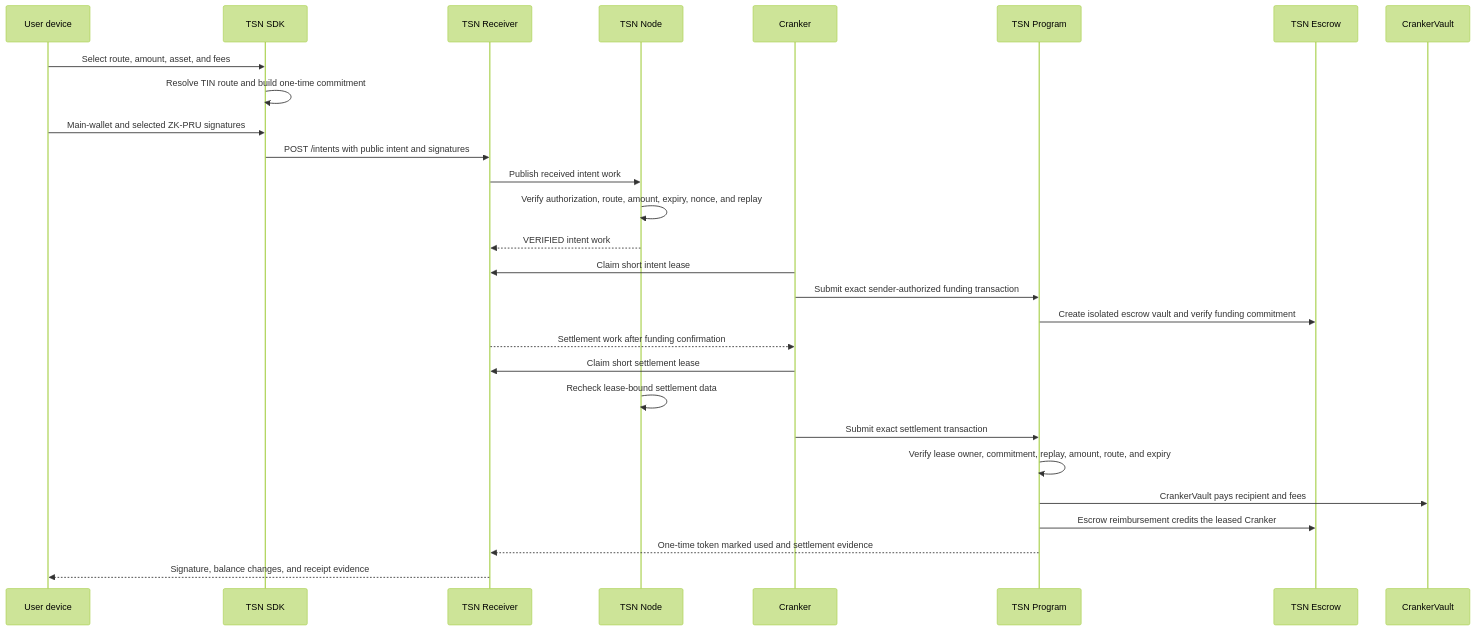
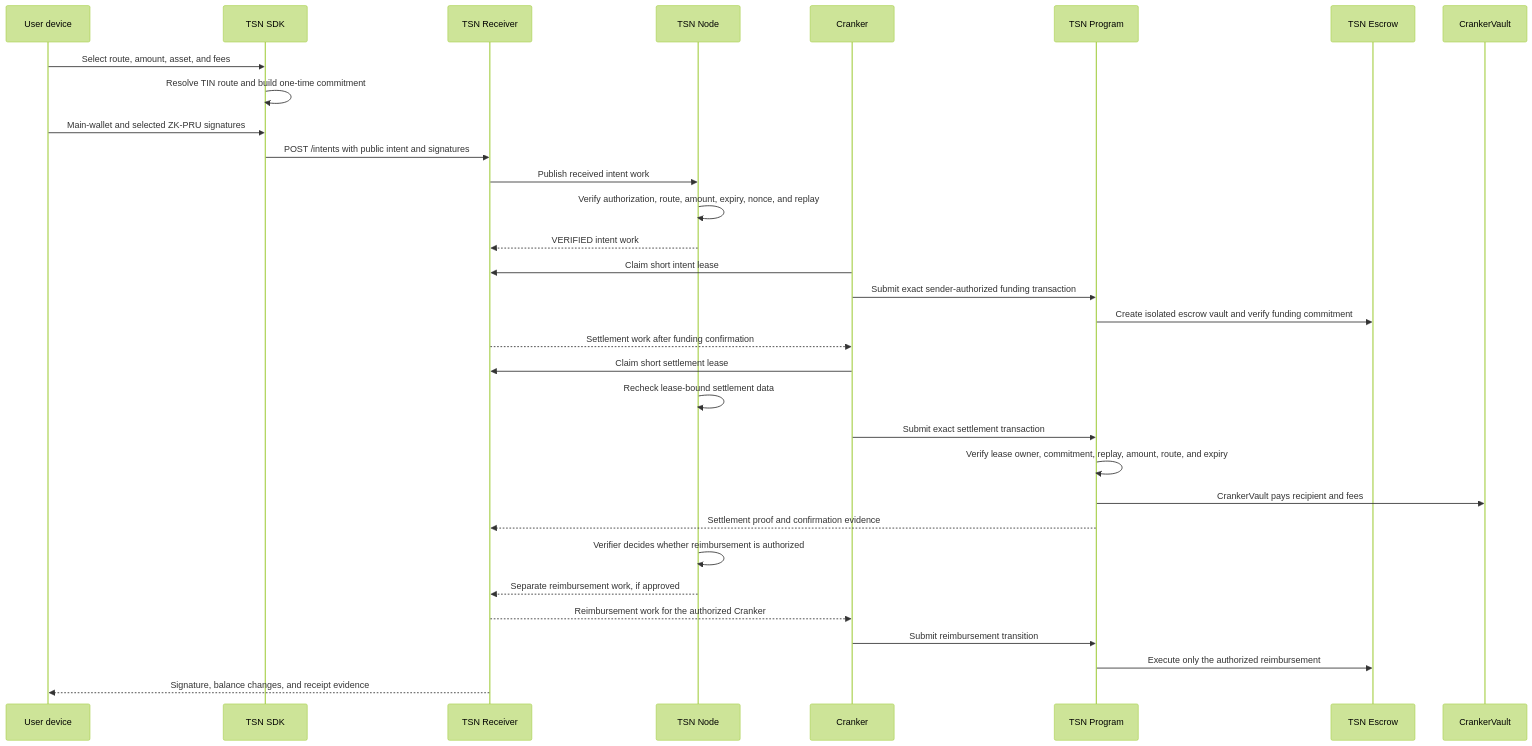
The diagram in docs/protocol-architecture.md (bigdreamsweb3/trustlink-pay), drawn with Mermaid (forest theme) before and after one commit. The commit also changed other lines of this file and 6 other files, not shown here.

````diff
--- a/docs/protocol-architecture.md
+++ b/docs/protocol-architecture.md
@@ -69,31 +69,35 @@
 ```mermaid
 sequenceDiagram
     participant U as User device
     participant S as TSN SDK
     participant R as TSN Receiver
     participant N as TSN Node
     participant C as Cranker
     participant P as TSN Program
     participant V as TSN Escrow
     participant CV as CrankerVault
 
     U->>S: Select route, amount, asset, and fees
     S->>S: Resolve TIN route and build one-time commitment
     U->>S: Main-wallet and selected ZK-PRU signatures
     S->>R: POST /intents with public intent and signatures
     R->>N: Publish received intent work
     N->>N: Verify authorization, route, amount, expiry, nonce, and replay
     N-->>R: VERIFIED intent work
     C->>R: Claim short intent lease
     C->>P: Submit exact sender-authorized funding transaction
     P->>V: Create isolated escrow vault and verify funding commitment
     R-->>C: Settlement work after funding confirmation
     C->>R: Claim short settlement lease
     N->>N: Recheck lease-bound settlement data
     C->>P: Submit exact settlement transaction
     P->>P: Verify lease owner, commitment, replay, amount, route, and expiry
     P->>CV: CrankerVault pays recipient and fees
-    P->>V: Escrow reimbursement credits the leased Cranker
-    P-->>R: One-time token marked used and settlement evidence
+    P-->>R: Settlement proof and confirmation evidence
+    N->>N: Verifier decides whether reimbursement is authorized
+    N-->>R: Separate reimbursement work, if approved
+    R-->>C: Reimbursement work for the authorized Cranker
+    C->>P: Submit reimbursement transition
+    P->>V: Execute only the authorized reimbursement
     R-->>U: Signature, balance changes, and receipt evidence
 ```
````
